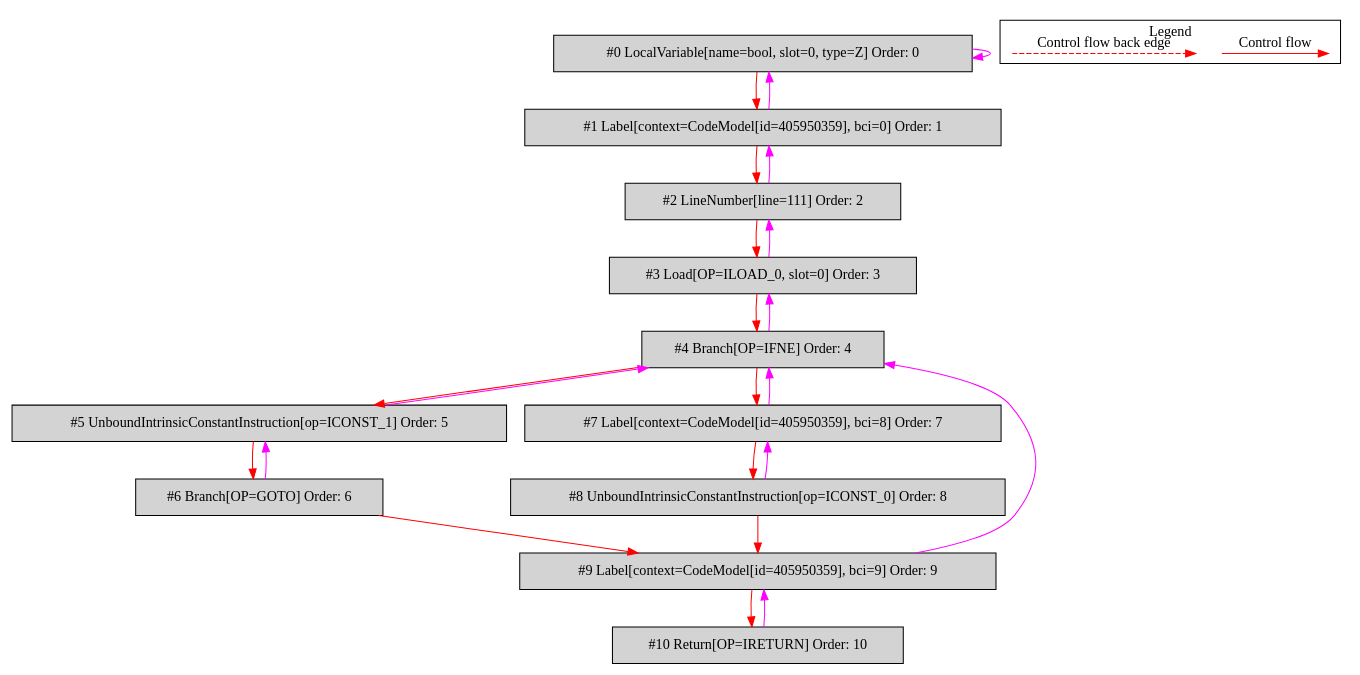
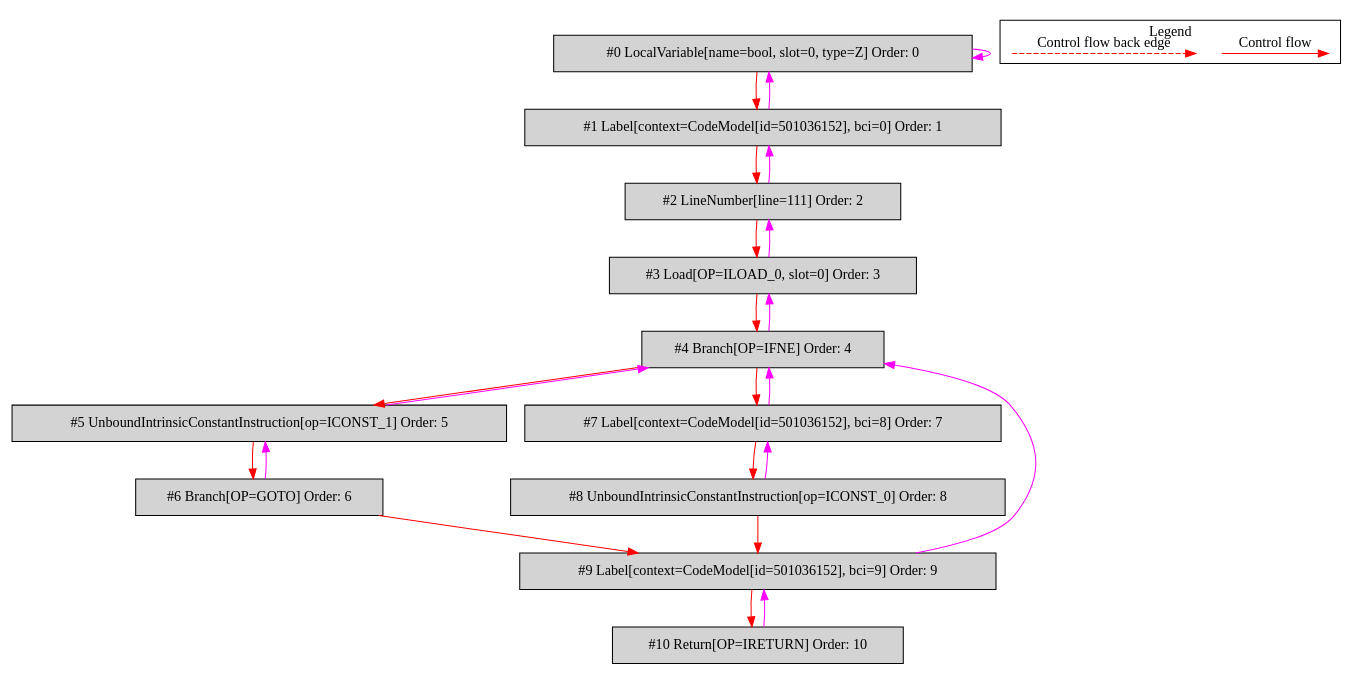
The diagram in de.mirkosertic.metair.ir.examples.MethodInvokeTest/staticReturnBoolean/bytecodecfg.dot (mirkosertic/MetaIR), drawn with Graphviz before and after one commit. The commit also changed 612 other files, not shown here.

```diff
--- a/de.mirkosertic.metair.ir.examples.MethodInvokeTest/staticReturnBoolean/bytecodecfg.dot
+++ b/de.mirkosertic.metair.ir.examples.MethodInvokeTest/staticReturnBoolean/bytecodecfg.dot
@@ -1,50 +1,50 @@
 digraph {
  ordering="in";
  node0[label="#0 LocalVariable[name=bool, slot=0, type=Z] Order: 0", shape=box, fillcolor=lightgrey, style=filled];
- node1[label="#1 Label[context=CodeModel[id=405950359], bci=0] Order: 1", shape=box, fillcolor=lightgrey, style=filled];
+ node1[label="#1 Label[context=CodeModel[id=501036152], bci=0] Order: 1", shape=box, fillcolor=lightgrey, style=filled];
  node2[label="#2 LineNumber[line=111] Order: 2", shape=box, fillcolor=lightgrey, style=filled];
  node3[label="#3 Load[OP=ILOAD_0, slot=0] Order: 3", shape=box, fillcolor=lightgrey, style=filled];
  node4[label="#4 Branch[OP=IFNE] Order: 4", shape=box, fillcolor=lightgrey, style=filled];
  node5[label="#5 UnboundIntrinsicConstantInstruction[op=ICONST_1] Order: 5", shape=box, fillcolor=lightgrey, style=filled];
  node6[label="#6 Branch[OP=GOTO] Order: 6", shape=box, fillcolor=lightgrey, style=filled];
- node7[label="#7 Label[context=CodeModel[id=405950359], bci=8] Order: 7", shape=box, fillcolor=lightgrey, style=filled];
+ node7[label="#7 Label[context=CodeModel[id=501036152], bci=8] Order: 7", shape=box, fillcolor=lightgrey, style=filled];
  node8[label="#8 UnboundIntrinsicConstantInstruction[op=ICONST_0] Order: 8", shape=box, fillcolor=lightgrey, style=filled];
- node9[label="#9 Label[context=CodeModel[id=405950359], bci=9] Order: 9", shape=box, fillcolor=lightgrey, style=filled];
+ node9[label="#9 Label[context=CodeModel[id=501036152], bci=9] Order: 9", shape=box, fillcolor=lightgrey, style=filled];
  node10[label="#10 Return[OP=IRETURN] Order: 10", shape=box, fillcolor=lightgrey, style=filled];
  node0 -> node0[color=fuchsia];
  node0 -> node1[color=red];
  node1 -> node0[color=fuchsia];
  node1 -> node2[color=red];
  node2 -> node1[color=fuchsia];
  node2 -> node3[color=red];
  node3 -> node2[color=fuchsia];
  node3 -> node4[color=red];
  node4 -> node3[color=fuchsia];
  node4 -> node5[color=red];
  node5 -> node4[color=fuchsia];
  node5 -> node6[color=red];
  node6 -> node5[color=fuchsia];
  node4 -> node7[color=red];
  node7 -> node4[color=fuchsia];
  node7 -> node8[color=red];
  node8 -> node7[color=fuchsia];
  node6 -> node9[color=red];
  node8 -> node9[color=red];
  node9 -> node4[color=fuchsia];
  node9 -> node10[color=red];
  node10 -> node9[color=fuchsia];
  subgraph cluster_000 {
   label = "Legend";
   node [shape=point]
   {
    rank=same;
    c0 [style = invis];
    c1 [style = invis];
    c2 [style = invis];
    c3 [style = invis];
   }
   c0 -> c1 [label="Control flow", style=solid, color=red]
   c2 -> c3 [label="Control flow back edge", style=dashed, color=red]
  }
 
 }
```
